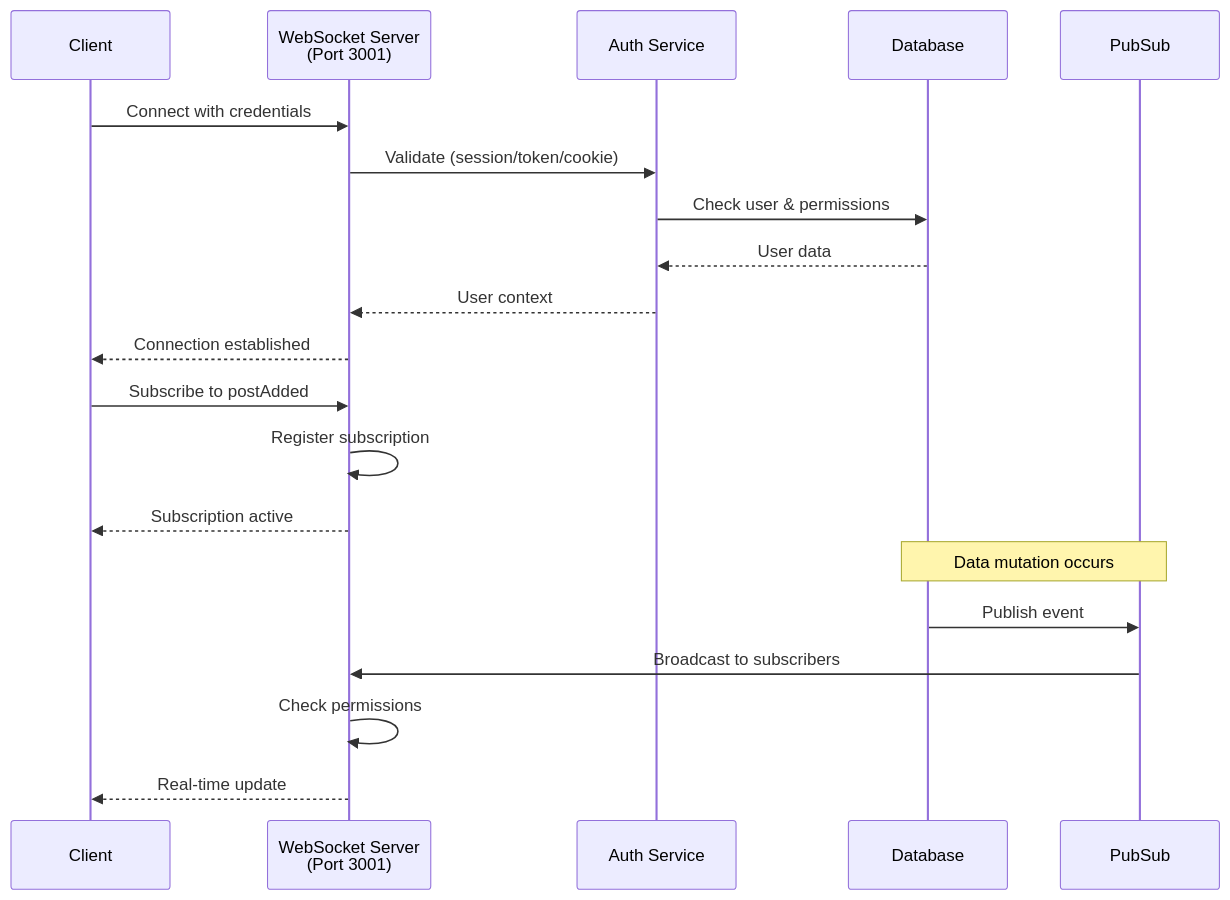
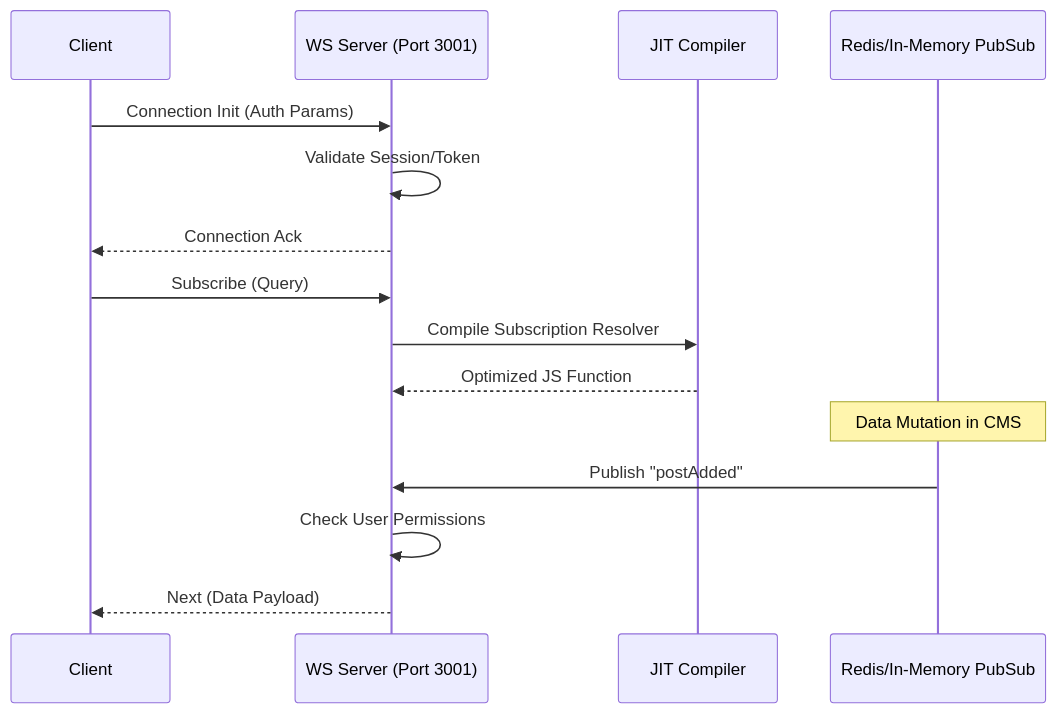
Before and after one commit to TamoorArif/SveltyCMS: the diagram in docs/api/graphql-websocket-subscriptions.mdx, drawn with Mermaid. The commit also changed other lines of this file and 66 other files, not shown here.

````diff
--- a/docs/api/graphql-websocket-subscriptions.mdx
+++ b/docs/api/graphql-websocket-subscriptions.mdx
@@ -31,25 +84,20 @@
 ```mermaid
 sequenceDiagram
     participant Client
-    participant WS as WebSocket Server<br/>(Port 3001)
-    participant Auth as Auth Service
-    participant DB as Database
-    participant PubSub as PubSub
-
-    Client->>WS: Connect with credentials
-    WS->>Auth: Validate (session/token/cookie)
-    Auth->>DB: Check user & permissions
-    DB-->>Auth: User data
-    Auth-->>WS: User context
-    WS-->>Client: Connection established
-
-    Client->>WS: Subscribe to postAdded
-    WS->>WS: Register subscription
-    WS-->>Client: Subscription active
-
-    Note over DB,PubSub: Data mutation occurs
-    DB->>PubSub: Publish event
-    PubSub->>WS: Broadcast to subscribers
-    WS->>WS: Check permissions
-    WS-->>Client: Real-time update
+    participant WS as WS Server (Port 3001)
+    participant JIT as JIT Compiler
+    participant PubSub as Redis/In-Memory PubSub
+    
+    Client->>WS: Connection Init (Auth Params)
+    WS->>WS: Validate Session/Token
+    WS-->>Client: Connection Ack
+    
+    Client->>WS: Subscribe (Query)
+    WS->>JIT: Compile Subscription Resolver
+    JIT-->>WS: Optimized JS Function
+    
+    Note over PubSub: Data Mutation in CMS
+    PubSub->>WS: Publish "postAdded"
+    WS->>WS: Check User Permissions
+    WS-->>Client: Next (Data Payload)
 ```
````
